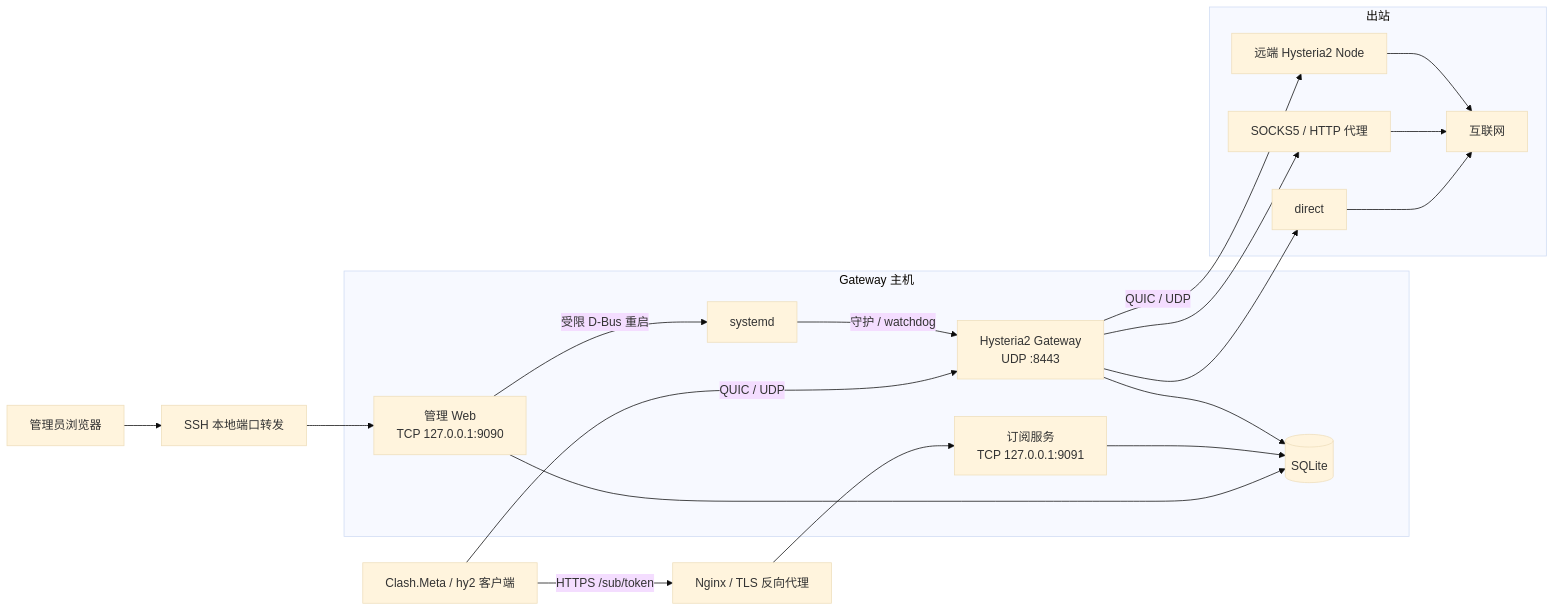
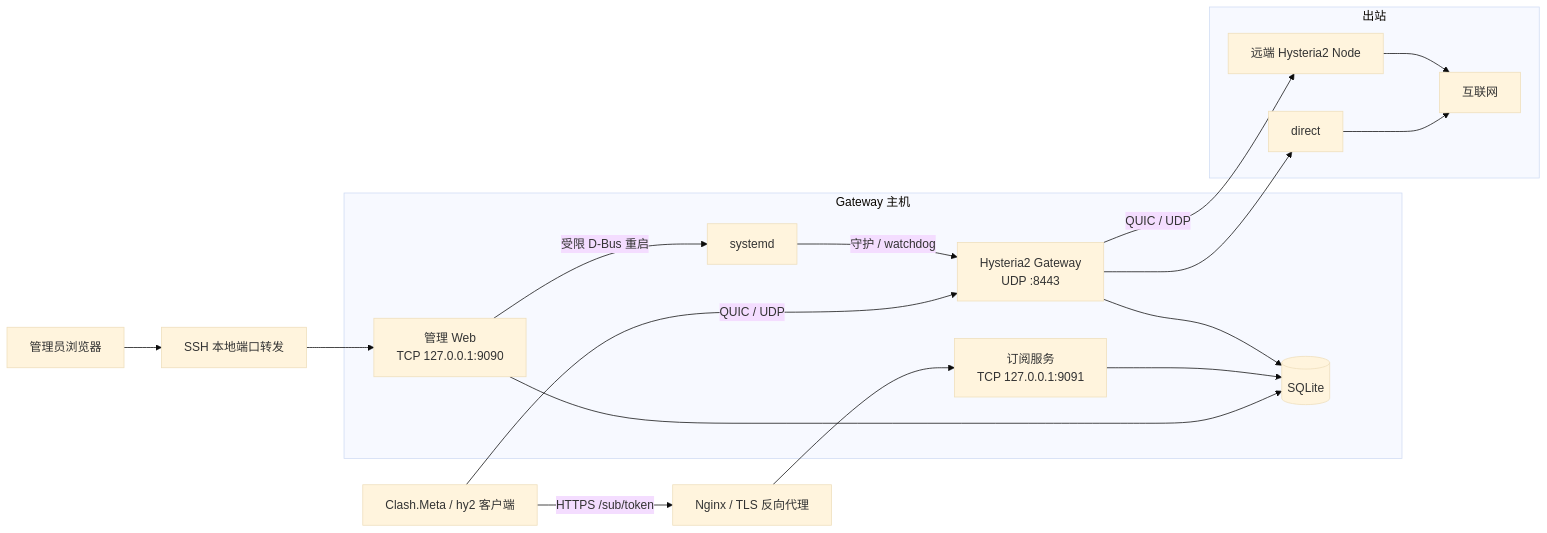
Before and after one commit to clayicarus/proxy-gateway: the first of 2 diagrams in docs/ARCHITECTURE.md, drawn with Mermaid (base theme). The commit also changed other lines of this file and 43 other files, not shown here.

````diff
--- a/docs/ARCHITECTURE.md
+++ b/docs/ARCHITECTURE.md
@@ -7,34 +7,32 @@
 ```mermaid
 flowchart LR
     C[Clash.Meta / hy2 客户端]
     A[管理员浏览器]
     SSH[SSH 本地端口转发]
     N[Nginx / TLS 反向代理]
 
     subgraph Gateway 主机
         G[Hysteria2 Gateway<br/>UDP :8443]
         W[管理 Web<br/>TCP 127.0.0.1:9090]
         S[订阅服务<br/>TCP 127.0.0.1:9091]
         DB[(SQLite)]
         SD[systemd]
     end
 
     subgraph 出站
         D[direct]
-        P[SOCKS5 / HTTP 代理]
         H[远端 Hysteria2 Node]
         I[互联网]
     end
 
     C -->|QUIC / UDP| G
     A --> SSH --> W
     C -->|HTTPS /sub/token| N --> S
     W --> DB
     S --> DB
     G --> DB
     W -->|受限 D-Bus 重启| SD
     SD -->|守护 / watchdog| G
     G --> D --> I
-    G --> P --> I
     G -->|QUIC / UDP| H --> I
 ```
````
